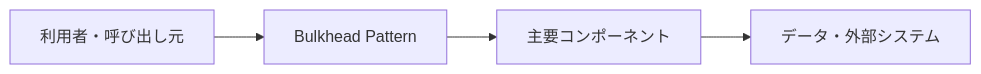
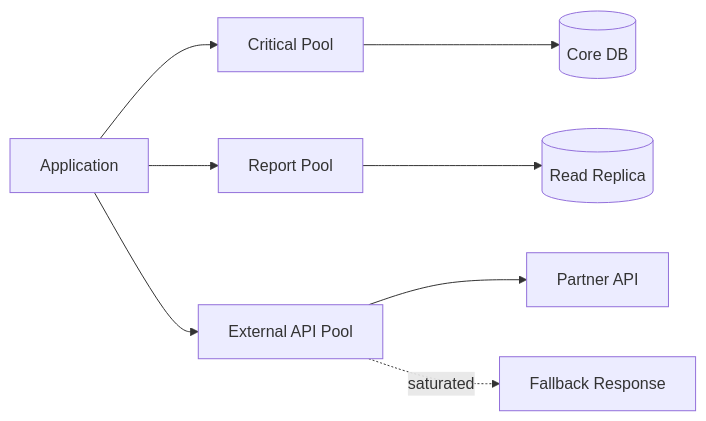
The diagram in docs/セキュリティ・信頼性系/バルクヘッドパターン.md (t-shirayama/architecture-notes), drawn with Mermaid before and after one commit. The commit also changed other lines of this file and 8 other files, not shown here.

````diff
--- a/docs/セキュリティ・信頼性系/バルクヘッドパターン.md
+++ b/docs/セキュリティ・信頼性系/バルクヘッドパターン.md
@@ -24,6 +30,11 @@
 ```mermaid
 flowchart LR
-    A[利用者・呼び出し元] --> B[Bulkhead Pattern]
-    B --> C[主要コンポーネント]
-    C --> D[データ・外部システム]
+    App[Application] --> Critical[Critical Pool]
+    App --> Report[Report Pool]
+    App --> External[External API Pool]
+
+    Critical --> CoreDB[(Core DB)]
+    Report --> Replica[(Read Replica)]
+    External --> Partner[Partner API]
+    External -. saturated .-> Fallback[Fallback Response]
 ```
````
